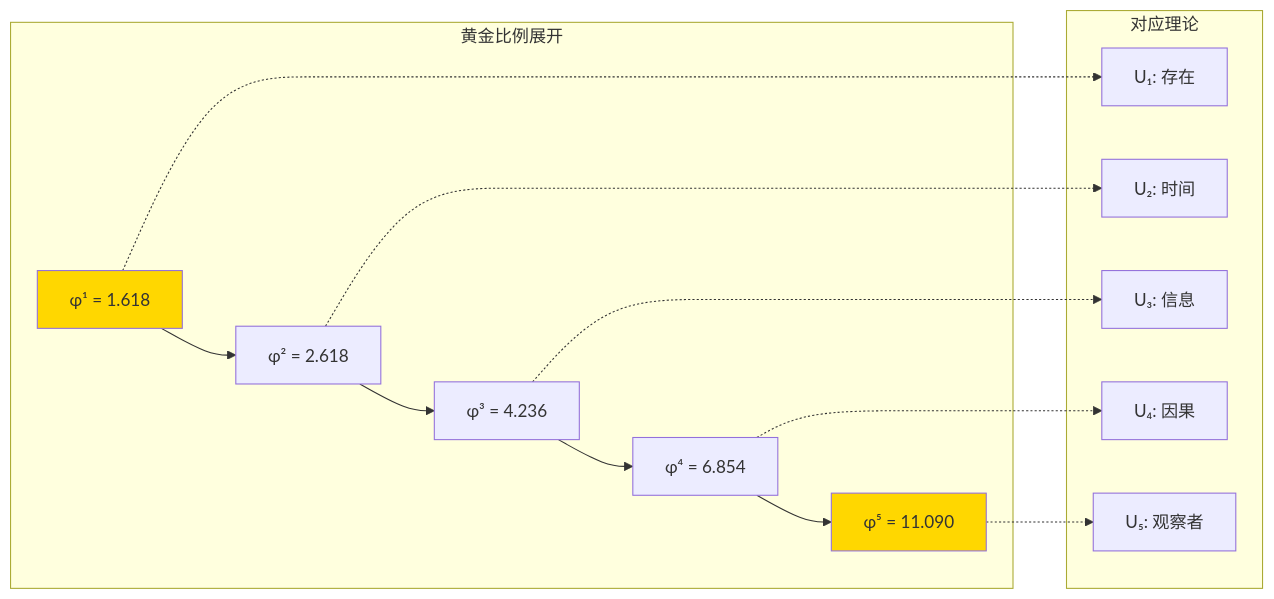
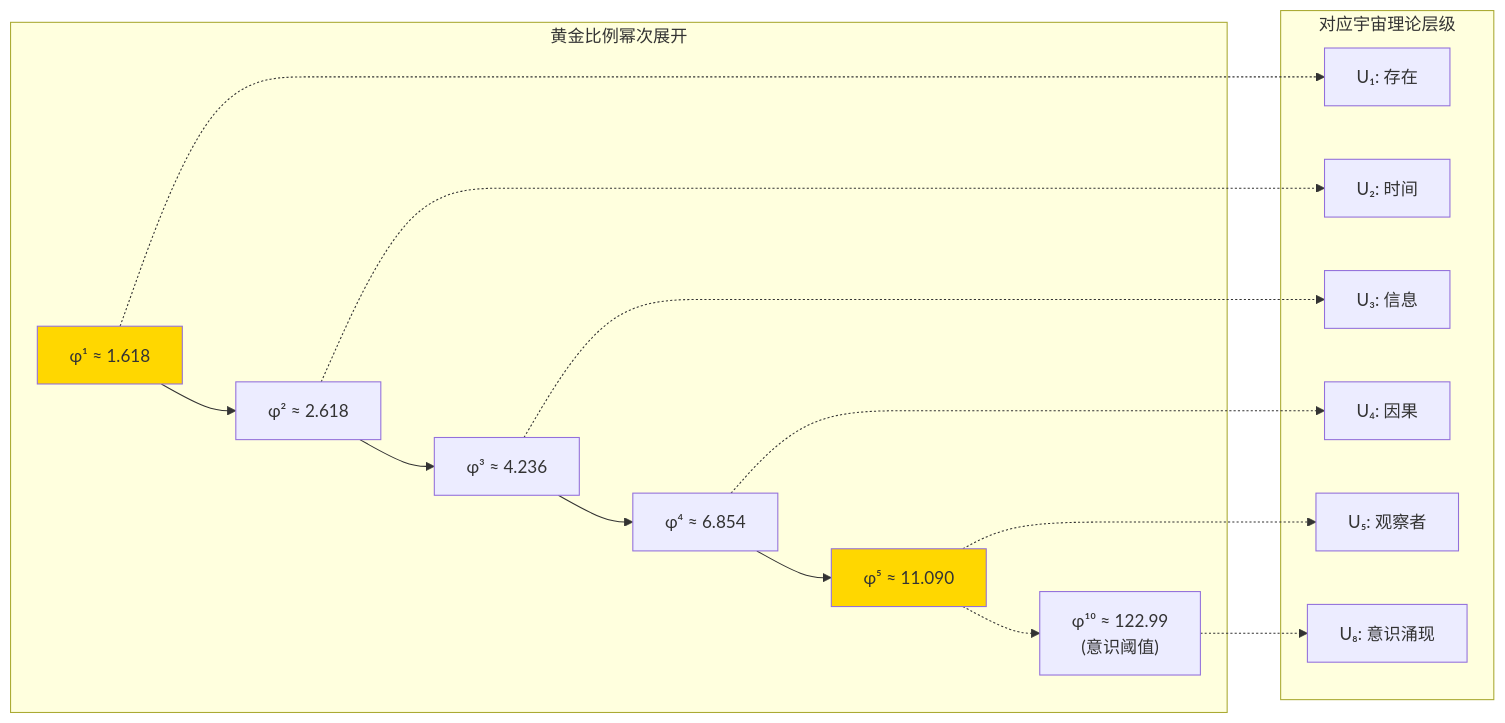
Before and after one commit to loning/zeckendorf-hilbert: diagram 13 of 13 in docs/appendix_visual.md, drawn with Mermaid. The commit also changed other lines of this file and 11 other files, not shown here.

````diff
--- a/docs/appendix_visual.md
+++ b/docs/appendix_visual.md
@@ -367,32 +381,36 @@
 ```mermaid
 graph LR
-    subgraph "黄金比例展开"
-        Phi1["φ¹ = 1.618"]
-        Phi2["φ² = 2.618"]
-        Phi3["φ³ = 4.236"]
-        Phi4["φ⁴ = 6.854"]
-        Phi5["φ⁵ = 11.090"]
+    subgraph "黄金比例幂次展开"
+        Phi1["φ¹ ≈ 1.618"]
+        Phi2["φ² ≈ 2.618"]
+        Phi3["φ³ ≈ 4.236"]
+        Phi4["φ⁴ ≈ 6.854"]
+        Phi5["φ⁵ ≈ 11.090"]
+        Phi10["φ¹⁰ ≈ 122.99<br/>(意识阈值)"]
     end
     
     Phi1 --> Phi2
     Phi2 --> Phi3
     Phi3 --> Phi4
     Phi4 --> Phi5
+    Phi5 -.-> Phi10
     
-    subgraph "对应理论"
+    subgraph "对应宇宙理论层级"
         U1["U₁: 存在"]
         U2["U₂: 时间"]  
         U3["U₃: 信息"]
         U4["U₄: 因果"]
         U5["U₅: 观察者"]
+        U8["U₈: 意识涌现"]
     end
     
     Phi1 -.-> U1
     Phi2 -.-> U2
     Phi3 -.-> U3
     Phi4 -.-> U4
     Phi5 -.-> U5
+    Phi10 -.-> U8
     
     style Phi1 fill:#ffd700
     style Phi5 fill:#ffd700
 ```
````
